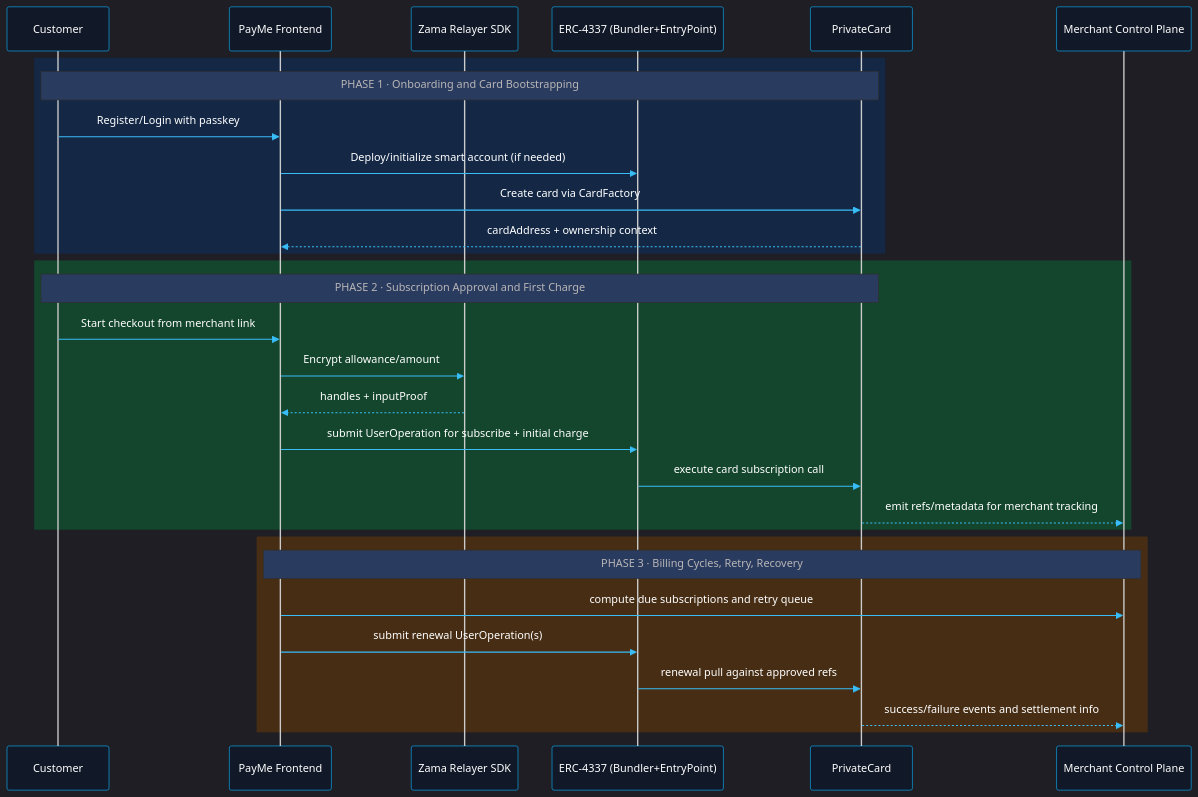
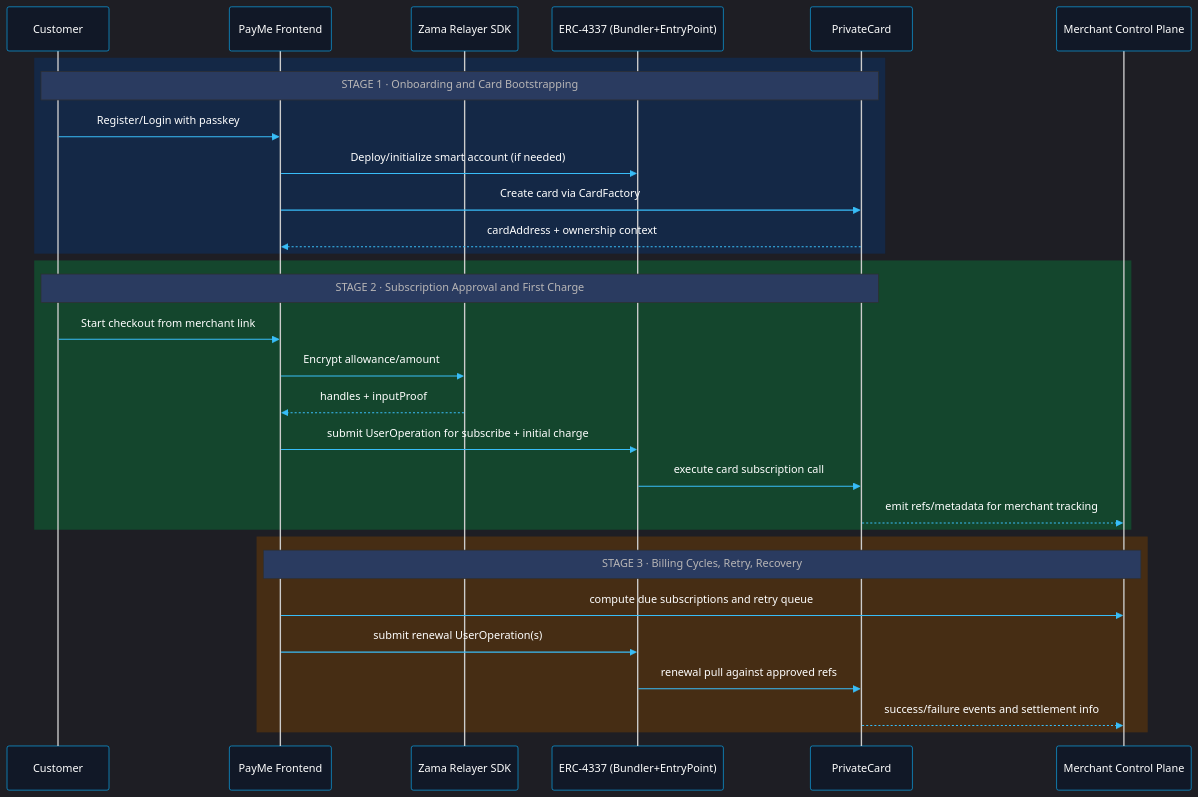
Before and after one commit to tekuuu/PayMe: the second of 3 diagrams in README.md, drawn with Mermaid. The commit also changed other lines of this file, not shown here.

Commit message:
docs: improve README architecture diagrams and flow naming

````diff
--- a/README.md
+++ b/README.md
@@ -174,36 +194,36 @@
 ```mermaid
 %%{init: {'theme':'dark', 'themeVariables': { 'primaryColor':'#0ea5e9', 'primaryTextColor':'#ffffff', 'primaryBorderColor':'#0284c7', 'lineColor':'#38bdf8', 'secondaryColor':'#1e293b', 'tertiaryColor':'#334155', 'background':'#0b1220', 'mainBkg':'#111827', 'secondBkg':'#1f2937', 'labelBackground':'#1f2937', 'labelTextColor':'#ffffff', 'actorBkg':'#111827', 'actorBorder':'#0ea5e9', 'actorTextColor':'#ffffff', 'signalColor':'#38bdf8', 'signalTextColor':'#ffffff'}}}%%
 sequenceDiagram
     participant User as Customer
     participant UI as PayMe Frontend
     participant SDK as Zama Relayer SDK
     participant AA as ERC-4337 (Bundler+EntryPoint)
     participant Card as PrivateCard
     participant CP as Merchant Control Plane
 
     rect rgb(20,40,70)
-        Note over User,Card: PHASE 1 · Onboarding and Card Bootstrapping
+        Note over User,Card: STAGE 1 · Onboarding and Card Bootstrapping
         User->>UI: Register/Login with passkey
         UI->>AA: Deploy/initialize smart account (if needed)
         UI->>Card: Create card via CardFactory
         Card-->>UI: cardAddress + ownership context
     end
 
     rect rgb(20,70,45)
-        Note over User,Card: PHASE 2 · Subscription Approval and First Charge
+        Note over User,Card: STAGE 2 · Subscription Approval and First Charge
         User->>UI: Start checkout from merchant link
         UI->>SDK: Encrypt allowance/amount
         SDK-->>UI: handles + inputProof
         UI->>AA: submit UserOperation for subscribe + initial charge
         AA->>Card: execute card subscription call
         Card-->>CP: emit refs/metadata for merchant tracking
     end
 
     rect rgb(70,45,20)
-        Note over UI,CP: PHASE 3 · Billing Cycles, Retry, Recovery
+        Note over UI,CP: STAGE 3 · Billing Cycles, Retry, Recovery
         UI->>CP: compute due subscriptions and retry queue
         UI->>AA: submit renewal UserOperation(s)
         AA->>Card: renewal pull against approved refs
         Card-->>CP: success/failure events and settlement info
     end
 ```
````
